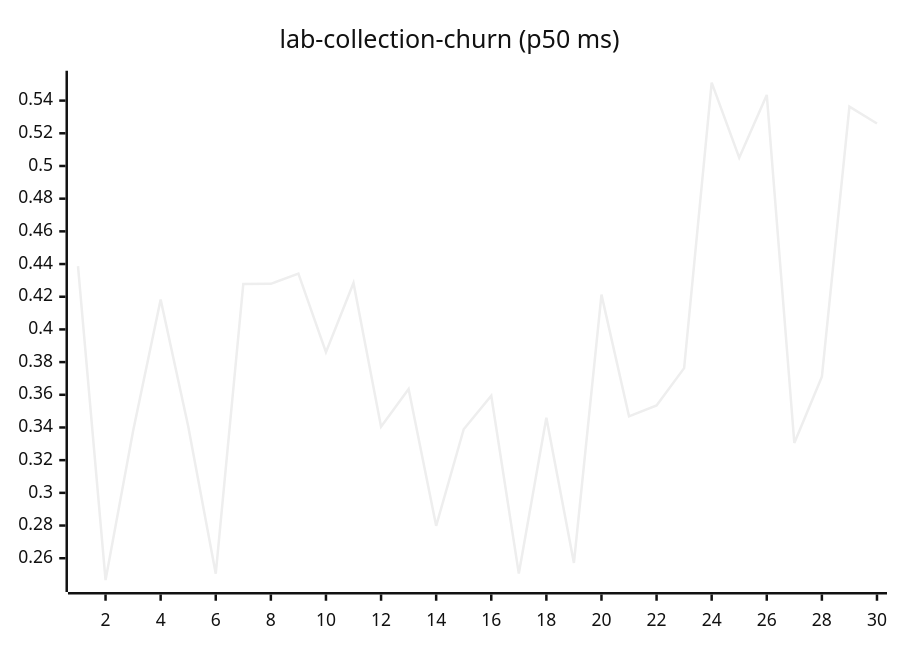
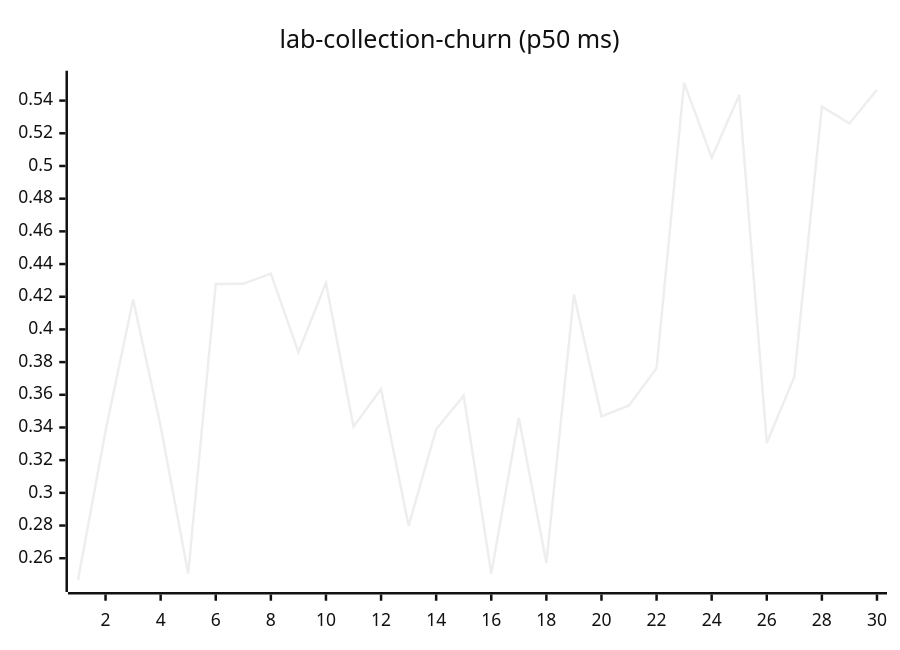
Diagram 11 of 27 in README.md (josha/Facet), drawn with Mermaid (neutral theme) before and after one commit. The commit also changed other lines of this file and 2 other files, not shown here.

````diff
--- a/README.md
+++ b/README.md
@@ -133,6 +133,6 @@
 ```mermaid
 xychart-beta
     title "lab-collection-churn (p50 ms)"
     x-axis 1 --> 30
-    line [0.4387, 0.2466, 0.3379, 0.4183, 0.3407, 0.2505, 0.4278, 0.4279, 0.4341, 0.3861, 0.4284, 0.3405, 0.3635, 0.2798, 0.3389, 0.3594, 0.2506, 0.3460, 0.2571, 0.4213, 0.3468, 0.3535, 0.3763, 0.5510, 0.5051, 0.5435, 0.3305, 0.3710, 0.5363, 0.5260]
+    line [0.2466, 0.3379, 0.4183, 0.3407, 0.2505, 0.4278, 0.4279, 0.4341, 0.3861, 0.4284, 0.3405, 0.3635, 0.2798, 0.3389, 0.3594, 0.2506, 0.3460, 0.2571, 0.4213, 0.3468, 0.3535, 0.3763, 0.5510, 0.5051, 0.5435, 0.3305, 0.3710, 0.5363, 0.5260, 0.5466]
 ```
````
